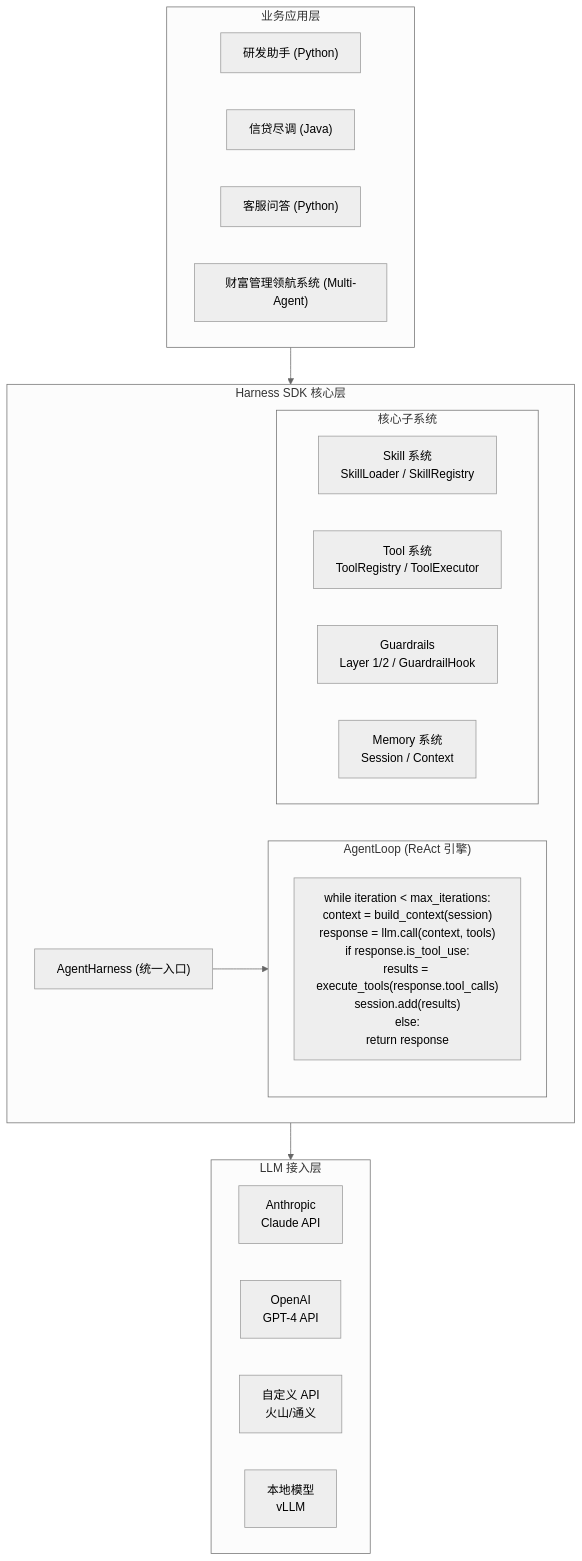
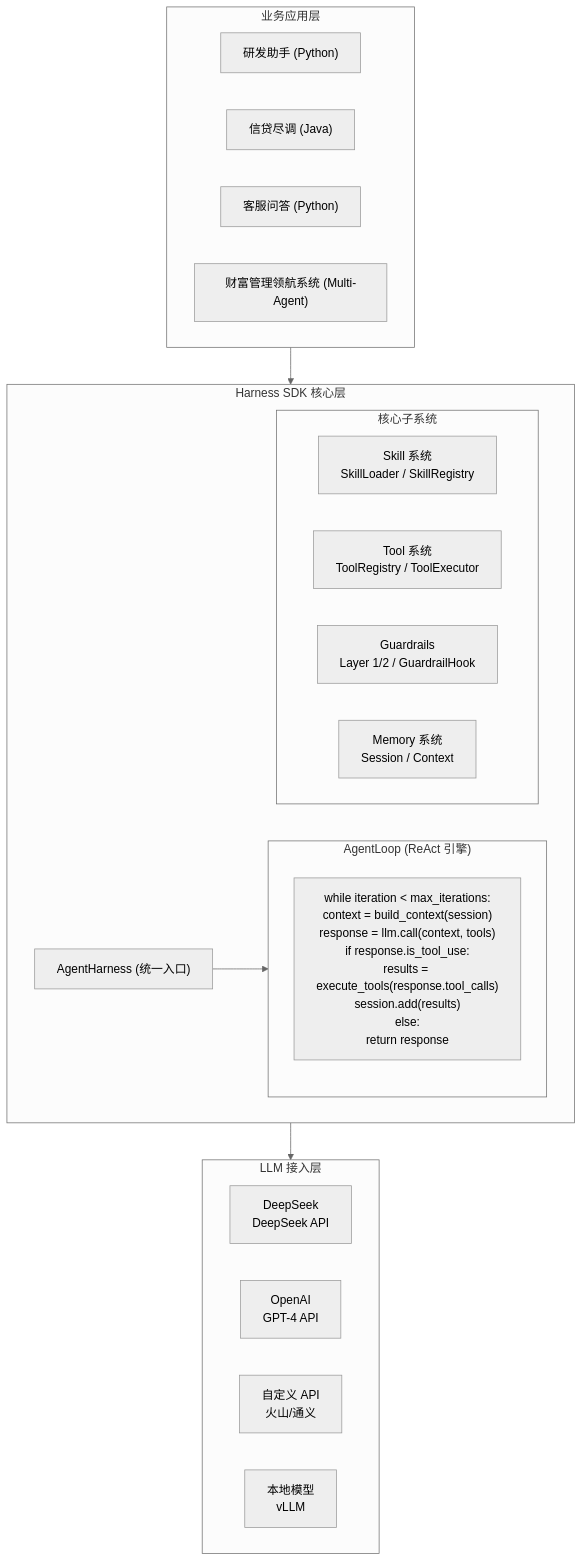
The fourth of 18 diagrams in 5. 银行智能体开发框架技术说明书.md (wonglaitung/splan), drawn with Mermaid (neutral theme) before and after one commit. The commit also changed other lines of this file and 12 other files, not shown here.

````diff
--- a/5. 银行智能体开发框架技术说明书.md
+++ b/5. 银行智能体开发框架技术说明书.md
@@ -147,33 +147,33 @@
 ```mermaid
 flowchart TB
     subgraph APP["业务应用层"]
         direction LR
         A1["研发助手 (Python)"]
         A2["信贷尽调 (Java)"]
         A3["客服问答 (Python)"]
         A4["财富管理领航系统 (Multi-Agent)"]
     end
     APP --> HS["Harness SDK 核心层"]
     subgraph HS["Harness SDK 核心层"]
         AH["AgentHarness (统一入口)"]
         subgraph AL["AgentLoop (ReAct 引擎)"]
             CODE["while iteration &lt; max_iterations:<br/>context = build_context(session)<br/>response = llm.call(context, tools)<br/>if response.is_tool_use:<br/>results = execute_tools(response.tool_calls)<br/>session.add(results)<br/>else:<br/>return response"]
         end
         AH --> AL
         subgraph SYS["核心子系统"]
             direction LR
             S1["Skill 系统<br/>SkillLoader / SkillRegistry"]
             S2["Tool 系统<br/>ToolRegistry / ToolExecutor"]
             S3["Guardrails<br/>Layer 1/2 / GuardrailHook"]
             S4["Memory 系统<br/>Session / Context"]
         end
     end
     HS --> LM["LLM 接入层"]
     subgraph LM["LLM 接入层"]
         direction LR
-        L1["Anthropic<br/>Claude API"]
+        L1["DeepSeek<br/>DeepSeek API"]
         L2["OpenAI<br/>GPT-4 API"]
         L3["自定义 API<br/>火山/通义"]
         L4["本地模型<br/>vLLM"]
     end
 ```
````
